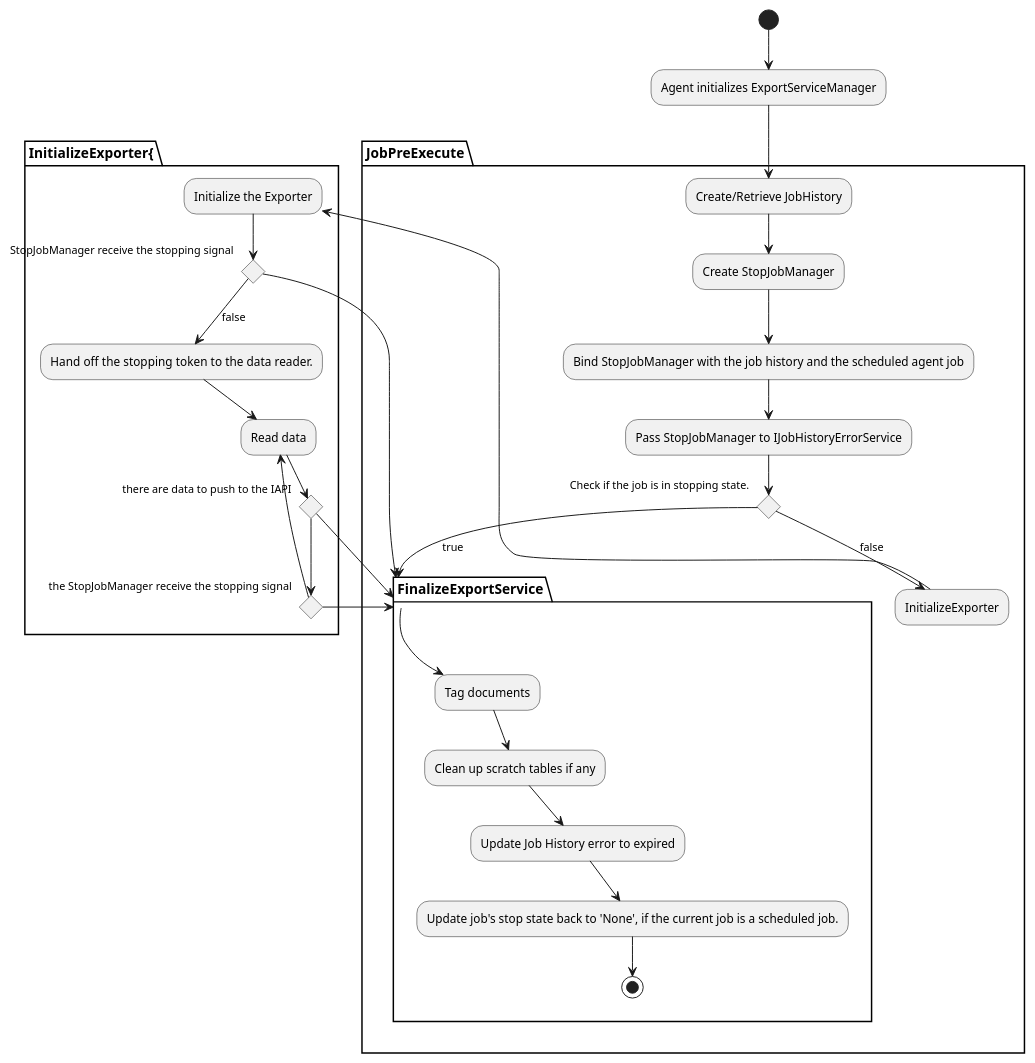
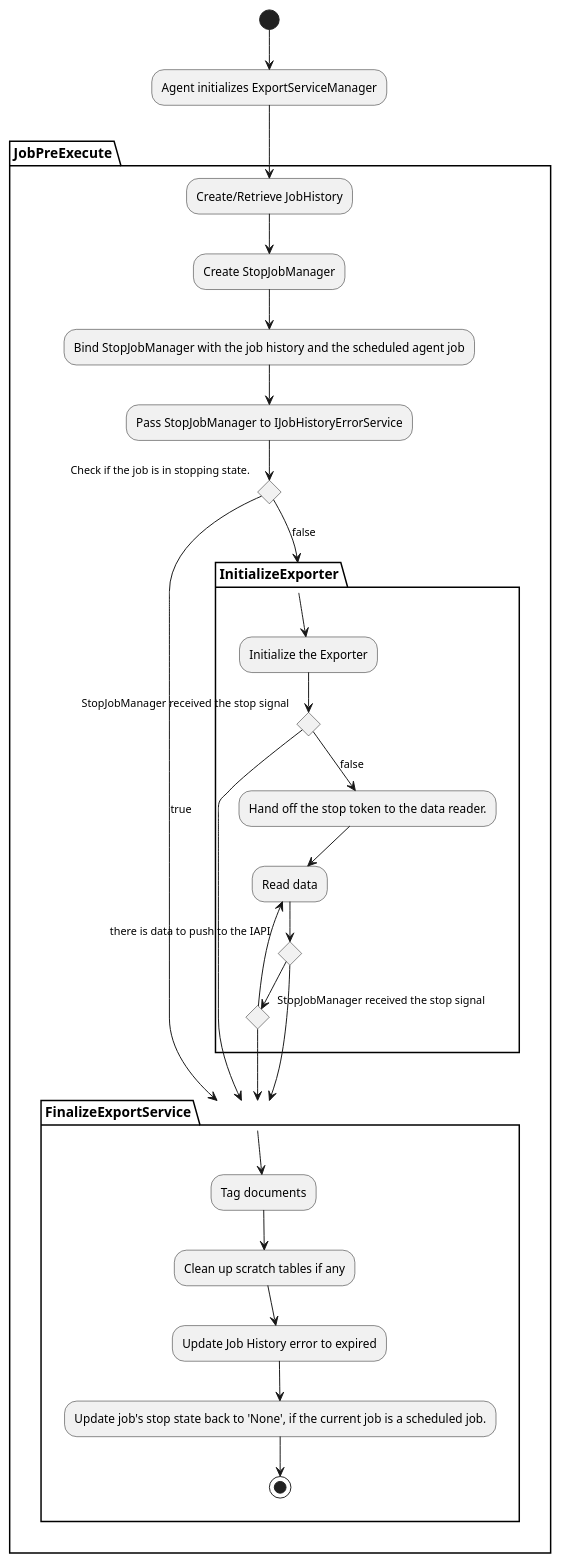
The diagram in documentation/Stop/RelativityProvider.pu (relativityone/server-integrationpoints-integrationpoints), drawn with PlantUML before and after one commit. The commit also changed 4 other files, not shown here.

Commit message:
Updated Stop diagrams' grammar and wording.

```diff
--- a/documentation/Stop/RelativityProvider.pu
+++ b/documentation/Stop/RelativityProvider.pu
@@ -1,45 +1,46 @@
 @startuml
 skinparam activity {
  BackgroundColor<< Error >> #ff6666
 }
 
 (*) --> "Agent initializes ExportServiceManager"
 partition JobPreExecute {
  --> "Create/Retrieve JobHistory"
  --> "Create StopJobManager"
  --> "Bind StopJobManager with the job history and the scheduled agent job"
  --> "Pass StopJobManager to IJobHistoryErrorService"
  if "Check if the job is in stopping state." then
 	--> [true] FinalizeExportService
  else
    --> [false] InitializeExporter
  endif
 }
-partition InitializeExporter{
+
+partition InitializeExporter {
   --> "Initialize the Exporter"
-  if "StopJobManager receive the stopping signal" then
+  if "StopJobManager received the stop signal" then
       --> FinalizeExportService
   else
-	 --> [false] "Hand off the stopping token to the data reader."
+	 --> [false] "Hand off the stop token to the data reader."
      --> "Read data"
-	 if "there are data to push to the IAPI" then
-     	if "the StopJobManager receive the stopping signal" then
+	 if "there is data to push to the IAPI" then
+     	if "StopJobManager received the stop signal" then
       		--> FinalizeExportService 
      	else
      	    --> "Read data"
 		endif
 	else 
        --> FinalizeExportService 
 	endif
   endif
 }
  
 partition FinalizeExportService {
 	--> "Tag documents"
     --> "Clean up scratch tables if any"
     --> "Update Job History error to expired"
     --> "Update job's stop state back to 'None', if the current job is a scheduled job."
     --> (*)
 }
 
 @enduml
```
